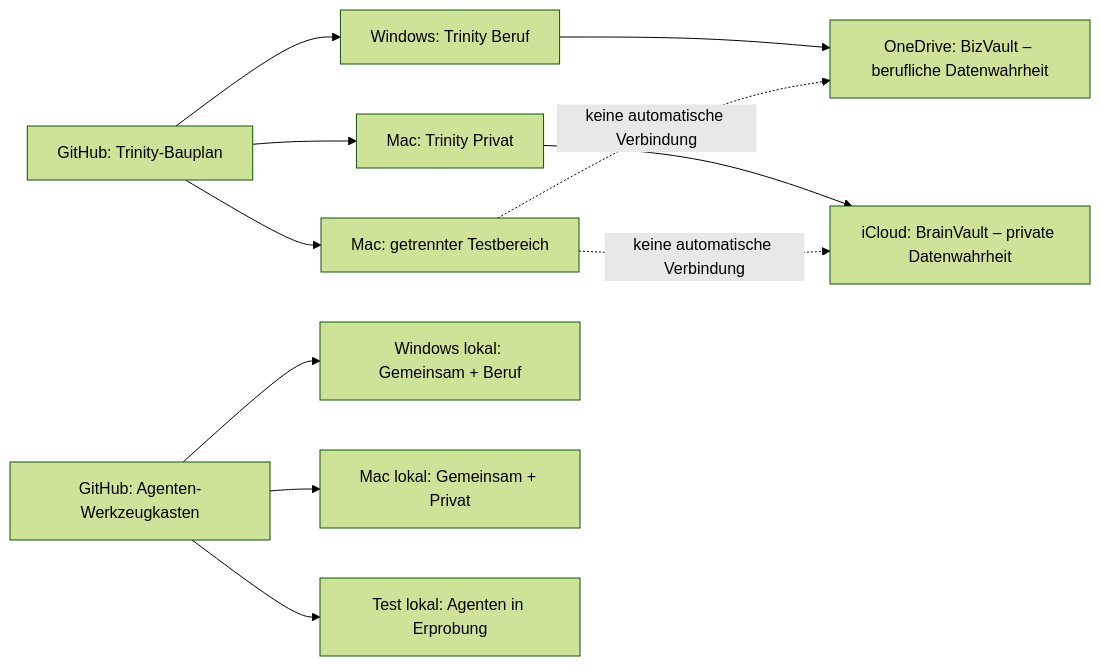
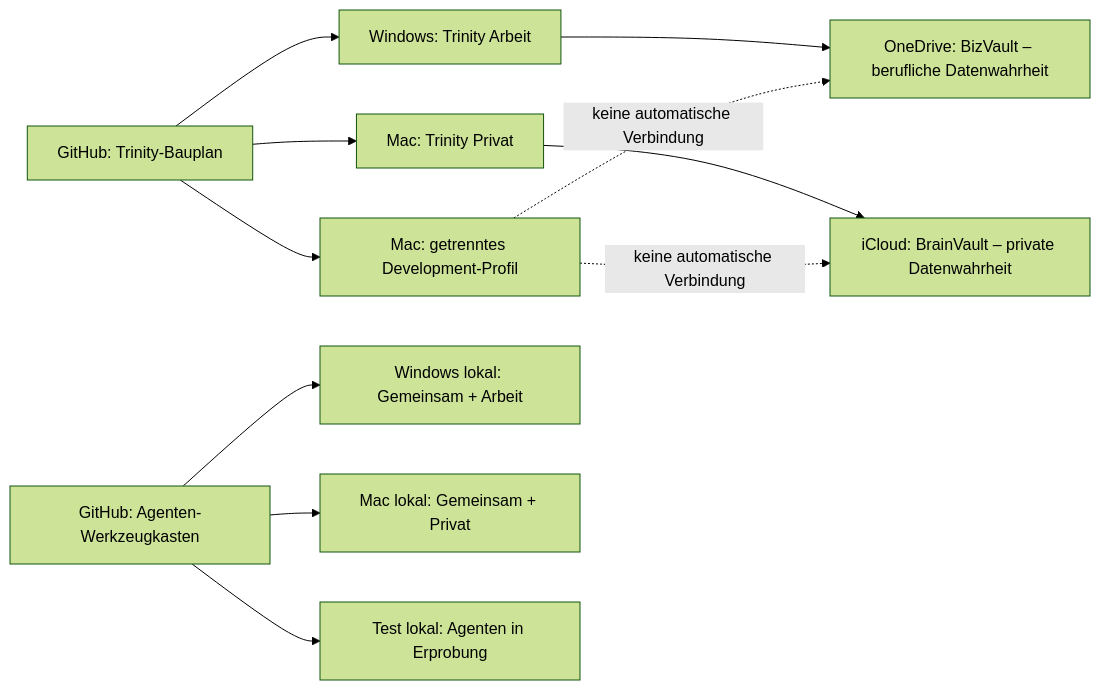
The diagram in docs/PHASE_1_PROFILE_ARCHITECTURE.md (ProfEngel/TrinityLectureAssisitant), drawn with Mermaid (forest theme) before and after one commit. The commit also changed other lines of this file and 2 other files, not shown here.

Commit message:
Document Mac architecture and phase 2 inventory

````diff
--- a/docs/PHASE_1_PROFILE_ARCHITECTURE.md
+++ b/docs/PHASE_1_PROFILE_ARCHITECTURE.md
@@ -26,13 +26,13 @@
 ```mermaid
 flowchart LR
-    TrinityRepo["GitHub: Trinity-Bauplan"] --> Windows["Windows: Trinity Beruf"]
+    TrinityRepo["GitHub: Trinity-Bauplan"] --> Windows["Windows: Trinity Arbeit"]
     TrinityRepo --> MacPrivat["Mac: Trinity Privat"]
-    TrinityRepo --> MacTest["Mac: getrennter Testbereich"]
-    AgentRepo["GitHub: Agenten-Werkzeugkasten"] --> WindowsAgents["Windows lokal: Gemeinsam + Beruf"]
+    TrinityRepo --> MacTest["Mac: getrenntes Development-Profil"]
+    AgentRepo["GitHub: Agenten-Werkzeugkasten"] --> WindowsAgents["Windows lokal: Gemeinsam + Arbeit"]
     AgentRepo --> MacAgents["Mac lokal: Gemeinsam + Privat"]
     AgentRepo --> TestAgents["Test lokal: Agenten in Erprobung"]
     Windows --> BizVault["OneDrive: BizVault – berufliche Datenwahrheit"]
     MacPrivat --> BrainVault["iCloud: BrainVault – private Datenwahrheit"]
     MacTest -. "keine automatische Verbindung" .-> BizVault
     MacTest -. "keine automatische Verbindung" .-> BrainVault
 ```
````
